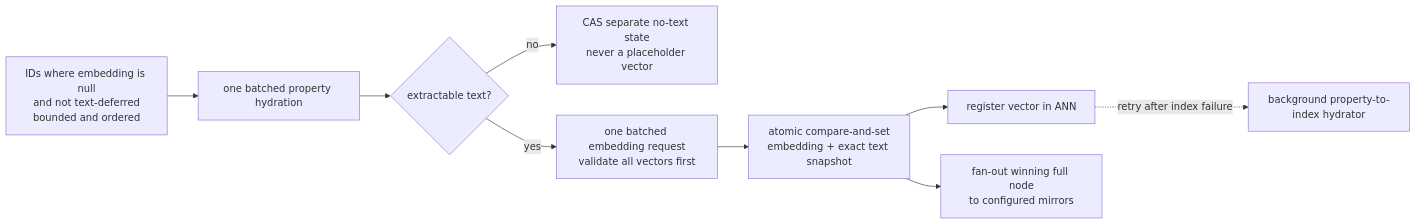
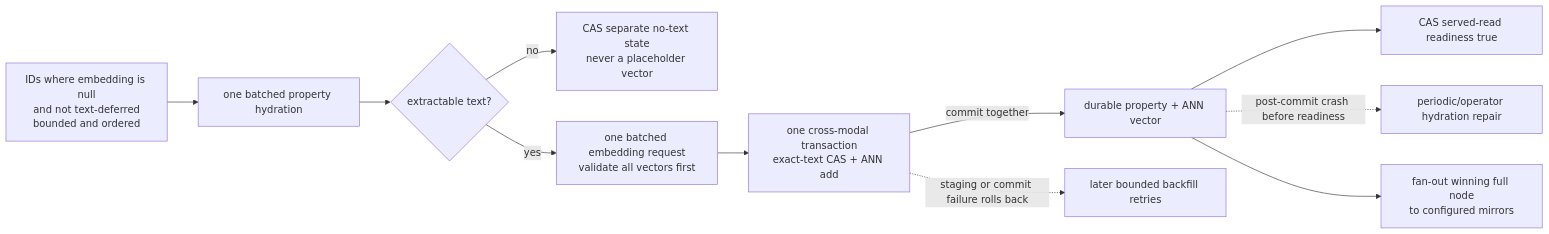
Before and after one commit to Knuckles-Team/agent-utilities: the fourth of 6 diagrams in docs/architecture/kg_connectors_and_ingestion.md, drawn with Mermaid. The commit also changed other lines of this file and 4 other files, not shown here.

````diff
--- a/docs/architecture/kg_connectors_and_ingestion.md
+++ b/docs/architecture/kg_connectors_and_ingestion.md
@@ -162,11 +162,13 @@
 ```mermaid
 flowchart LR
   Q["IDs where embedding is null<br/>and not text-deferred<br/>bounded and ordered"] --> H["one batched property hydration"]
   H --> T{"extractable text?"}
   T -->|no| D["CAS separate no-text state<br/>never a placeholder vector"]
   T -->|yes| E["one batched embedding request<br/>validate all vectors first"]
-  E --> C["atomic compare-and-set<br/>embedding + exact text snapshot"]
-  C --> A["register vector in ANN"]
-  A -.->|retry after index failure| R["background property-to-index hydrator"]
-  C --> F["fan-out winning full node<br/>to configured mirrors"]
+  E --> C["one cross-modal transaction<br/>exact-text CAS + ANN add"]
+  C -->|commit together| P["durable property + ANN vector"]
+  C -.->|staging or commit failure rolls back| B["later bounded backfill retries"]
+  P --> S["CAS served-read readiness true"]
+  P -.->|post-commit crash before readiness| R["periodic/operator hydration repair"]
+  P --> F["fan-out winning full node<br/>to configured mirrors"]
 ```
````
